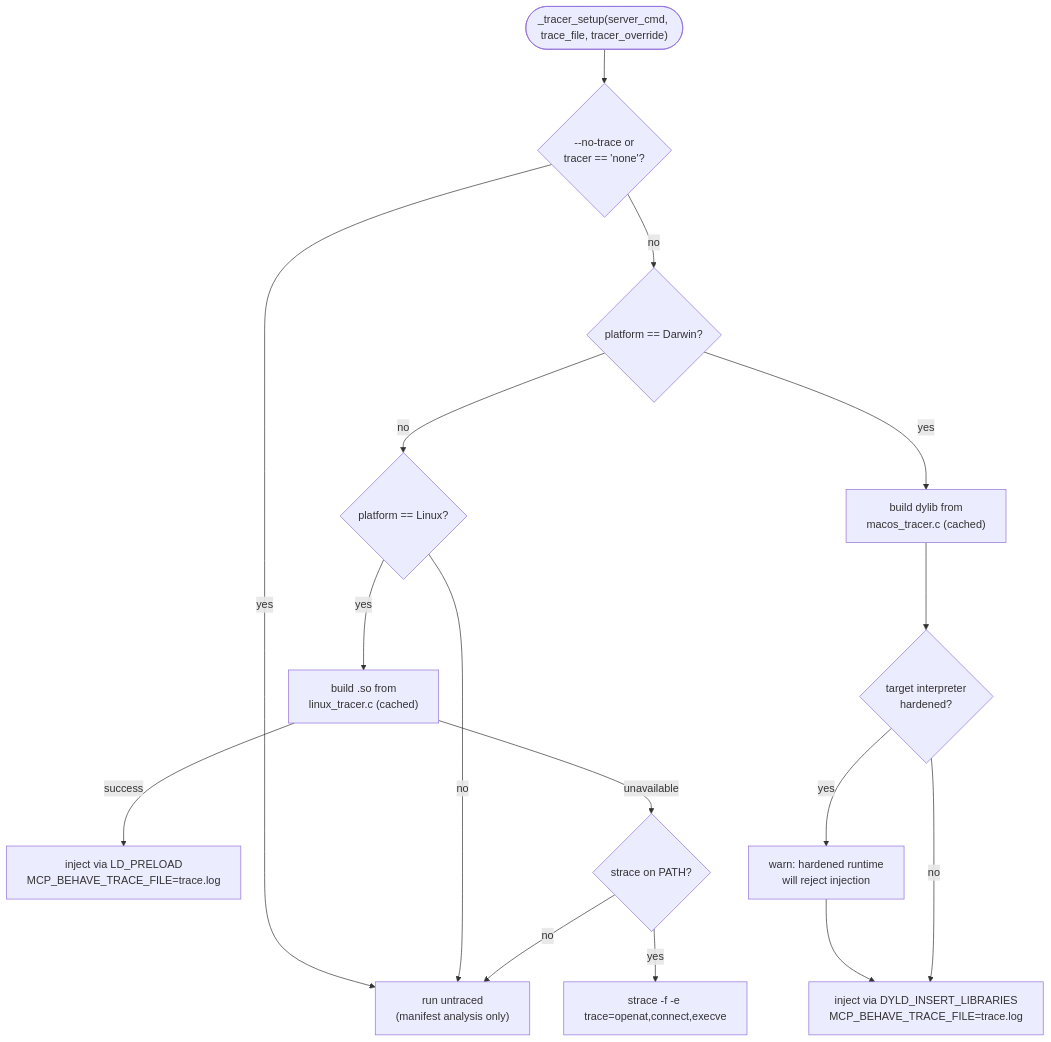
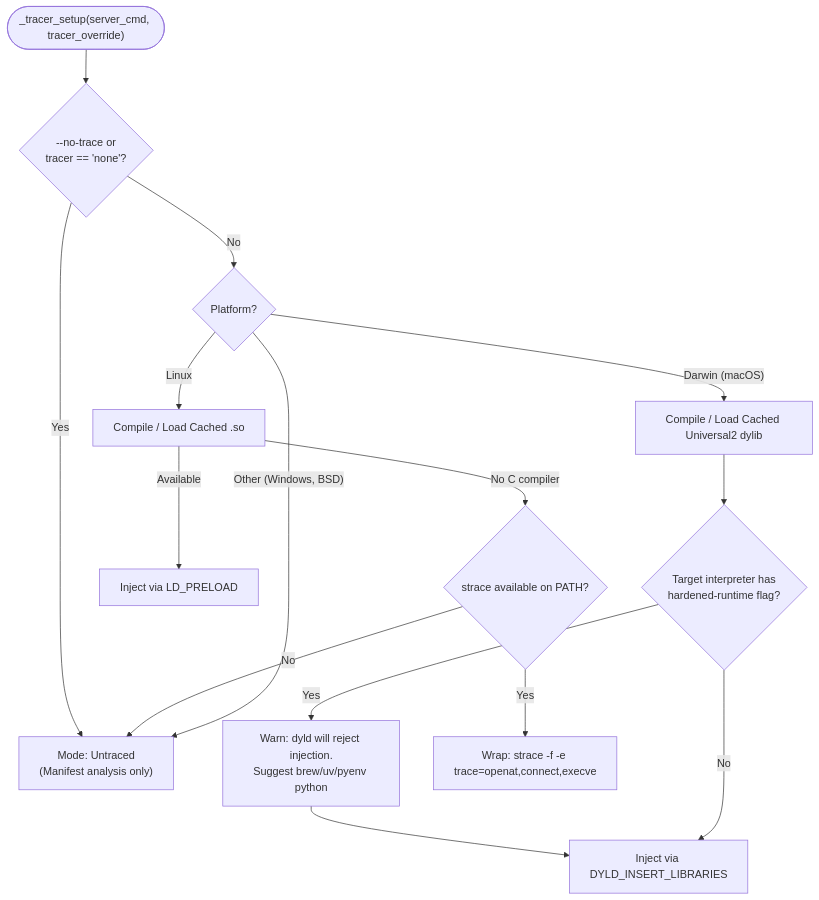
One commit to actions-marketplace-validations/navid72m_mcp-behave changed the seventh of 7 diagrams in ARCHITECTURE.md. Above: the diagram before and after it, drawn with Mermaid. The commit also changed other lines of this file, not shown here.

Commit message:
docs(architecture): update comprehensive architecture and systems mechanics

````diff
--- a/ARCHITECTURE.md
+++ b/ARCHITECTURE.md
@@ -170,32 +336,23 @@
 ```mermaid
 flowchart TD
-    START(["_tracer_setup(server_cmd, trace_file, tracer_override)"])
+    START(["_tracer_setup(server_cmd, tracer_override)"])
     OVERRIDE{"--no-trace or<br/>tracer == 'none'?"}
-    DARWIN{"platform == Darwin?"}
-    BUILD_MAC["build dylib from<br/>macos_tracer.c (cached)"]
-    HARD{"target interpreter<br/>hardened?"}
-    INJ_MAC["inject via DYLD_INSERT_LIBRARIES<br/>MCP_BEHAVE_TRACE_FILE=trace.log"]
-    LINUX{"platform == Linux?"}
-    BUILD_LINUX["build .so from<br/>linux_tracer.c (cached)"]
-    INJ_LINUX["inject via LD_PRELOAD<br/>MCP_BEHAVE_TRACE_FILE=trace.log"]
-    STRACE_AVAIL{"strace on PATH?"}
-    STRACE_RUN["strace -f -e trace=openat,connect,execve"]
-    UNTRACED["run untraced<br/>(manifest analysis only)"]
-    WARN["warn: hardened runtime<br/>will reject injection"]
 
     START --> OVERRIDE
-    OVERRIDE -- yes --> UNTRACED
-    OVERRIDE -- no --> DARWIN
-    DARWIN -- yes --> BUILD_MAC
-    BUILD_MAC --> HARD
-    HARD -- yes --> WARN
-    WARN --> INJ_MAC
-    HARD -- no --> INJ_MAC
-    DARWIN -- no --> LINUX
-    LINUX -- yes --> BUILD_LINUX
-    BUILD_LINUX -- success --> INJ_LINUX
-    BUILD_LINUX -- unavailable --> STRACE_AVAIL
-    LINUX -- no --> UNTRACED
-    STRACE_AVAIL -- yes --> STRACE_RUN
-    STRACE_AVAIL -- no --> UNTRACED
+    OVERRIDE -- "Yes" --> UNTRACED["Mode: Untraced<br/>(Manifest analysis only)"]
+    OVERRIDE -- "No" --> PLATFORM{"Platform?"}
+
+    PLATFORM -- "Darwin (macOS)" --> MAC_BUILD["Compile / Load Cached Universal2 dylib"]
+    MAC_BUILD --> HARD_CHECK{"Target interpreter has<br/>hardened-runtime flag?"}
+    HARD_CHECK -- "Yes" --> HARD_WARN["Warn: dyld will reject injection.<br/>Suggest brew/uv/pyenv python"]
+    HARD_WARN --> MAC_INJ["Inject via DYLD_INSERT_LIBRARIES"]
+    HARD_CHECK -- "No" --> MAC_INJ
+
+    PLATFORM -- "Linux" --> LINUX_BUILD["Compile / Load Cached .so"]
+    LINUX_BUILD -- "Available" --> LINUX_INJ["Inject via LD_PRELOAD"]
+    LINUX_BUILD -- "No C compiler" --> STRACE_CHECK{"strace available on PATH?"}
+    STRACE_CHECK -- "Yes" --> STRACE_WRAP["Wrap: strace -f -e trace=openat,connect,execve"]
+    STRACE_CHECK -- "No" --> UNTRACED
+
+    PLATFORM -- "Other (Windows, BSD)" --> UNTRACED
 ```
````
